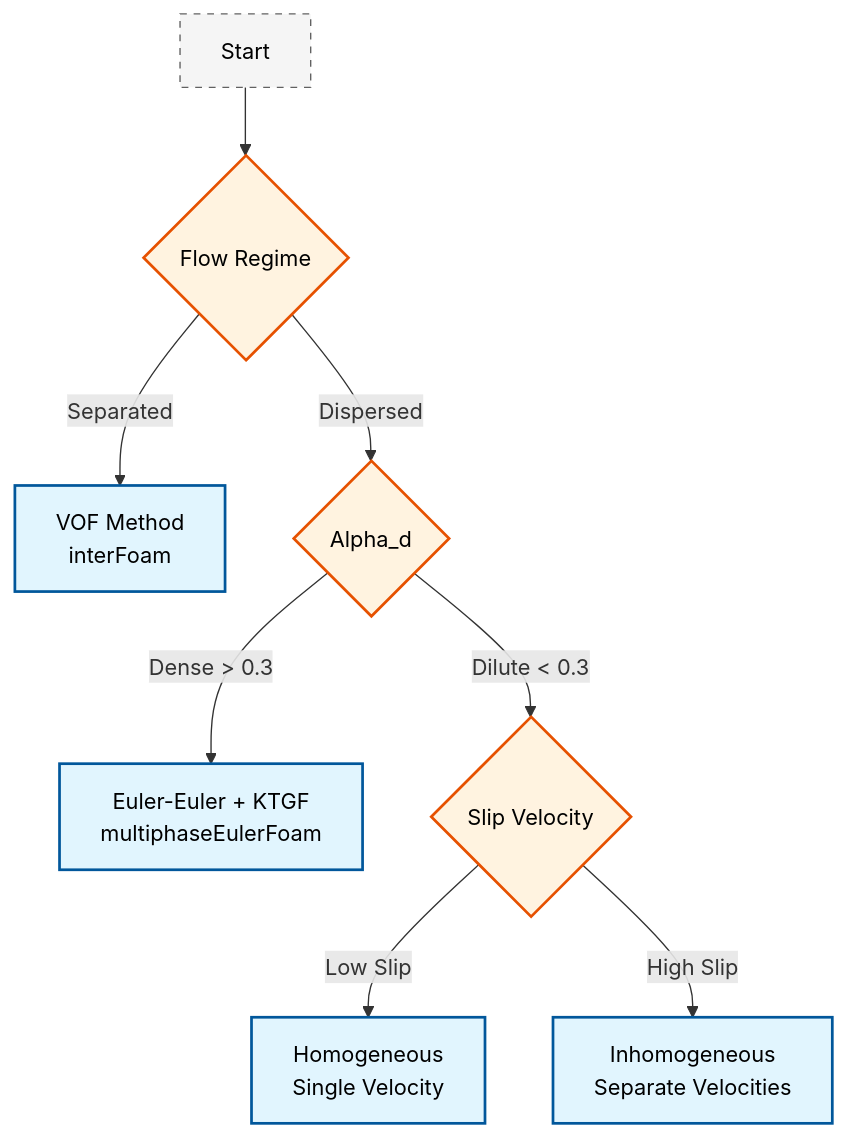
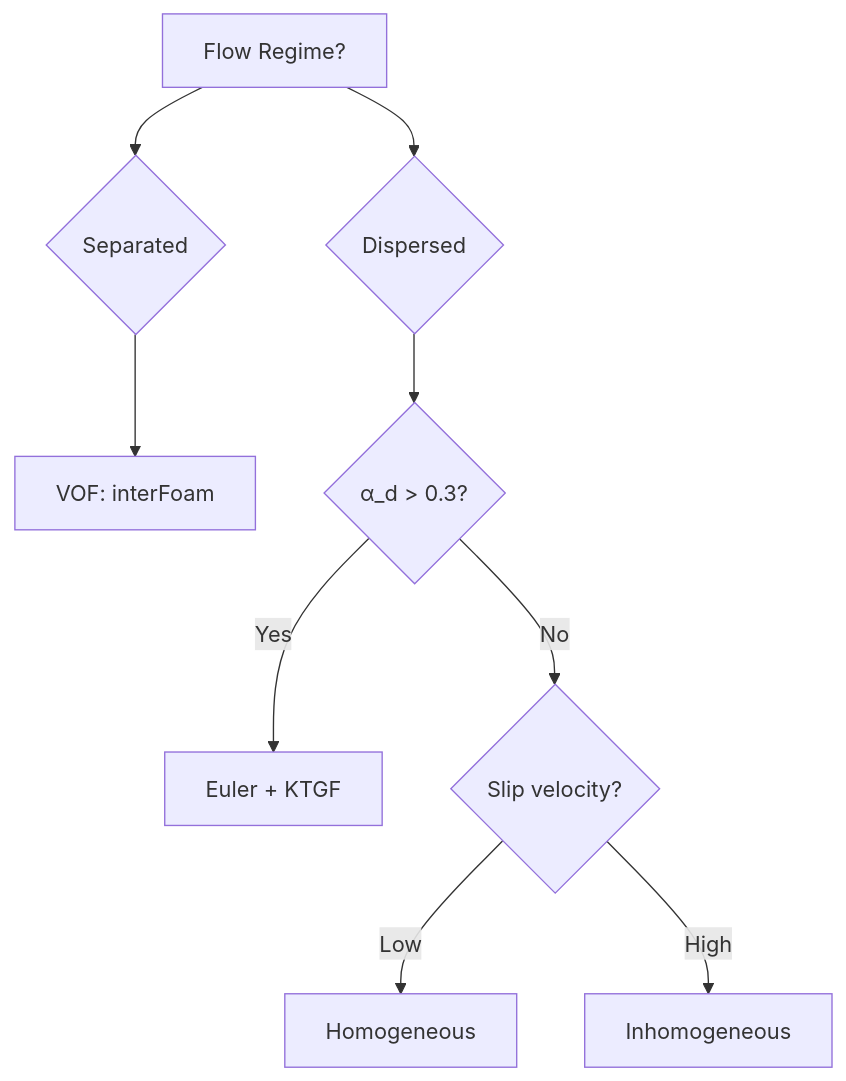
Before and after one commit to wramet/build-my-cfd: the first of 2 diagrams in MODULE_04_MULTIPHASE_FUNDAMENTALS/CONTENT/05_MODEL_SELECTION/01_Decision_Framework.md, drawn with Mermaid. The commit also changed other lines of this file and 384 other files, not shown here.

````diff
--- a/MODULE_04_MULTIPHASE_FUNDAMENTALS/CONTENT/05_MODEL_SELECTION/01_Decision_Framework.md
+++ b/MODULE_04_MULTIPHASE_FUNDAMENTALS/CONTENT/05_MODEL_SELECTION/01_Decision_Framework.md
@@ -50,13 +11,11 @@
 ```mermaid
 flowchart TD
-classDef implicit fill:#e1f5fe,stroke:#01579b,stroke-width:2px,color:#000
-classDef explicit fill:#fff3e0,stroke:#e65100,stroke-width:2px,color:#000
-classDef context fill:#f5f5f5,stroke:#616161,stroke-width:1px,color:#000,stroke-dasharray: 5 5
-A[Start]:::context --> B{Flow Regime}:::explicit
-B -->|Separated| C[VOF Method<br>interFoam]:::implicit
-B -->|Dispersed| D{Alpha_d}:::explicit
-D -->|Dense > 0.3| E[Euler-Euler + KTGF<br>multiphaseEulerFoam]:::implicit
-D -->|Dilute < 0.3| F{Slip Velocity}:::explicit
-F -->|Low Slip| G[Homogeneous<br>Single Velocity]:::implicit
-F -->|High Slip| H[Inhomogeneous<br>Separate Velocities]:::implicit
+    A[Flow Regime?] --> B{Separated}
+    A --> C{Dispersed}
+    B --> D[VOF: interFoam]
+    C --> E{α_d > 0.3?}
+    E -->|Yes| F[Euler + KTGF]
+    E -->|No| G{Slip velocity?}
+    G -->|Low| H[Homogeneous]
+    G -->|High| I[Inhomogeneous]
 ```
````
